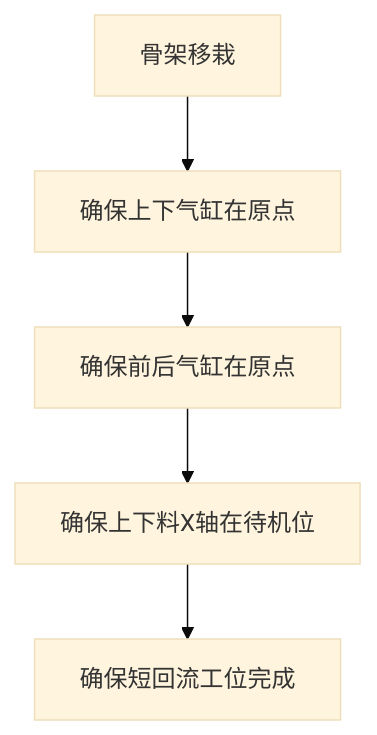
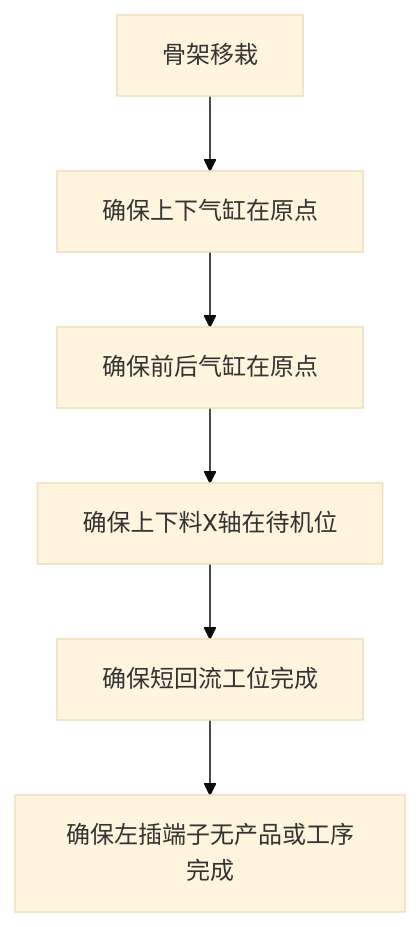
One commit to zmq000/iodraw-files changed the diagram in all/VR-OP90骨架移栽.md. Above: the diagram before and after it, drawn with Mermaid (base theme).

Commit message:
2026-06-18 10:40:32 update

````diff
--- a/all/VR-OP90骨架移栽.md
+++ b/all/VR-OP90骨架移栽.md
@@ -1,10 +1,11 @@
 ```mermaid
 graph TD
    0[骨架移栽]-->10
    10[确保上下气缸在原点]-->20
    20[确保前后气缸在原点]-->30
    30[确保上下料X轴在待机位]-->40
-   40[确保短回流工位完成]
+   40[确保短回流工位完成]-->50
+   50[确保左插端子无产品或工序完成]
 
   
 ```
````
